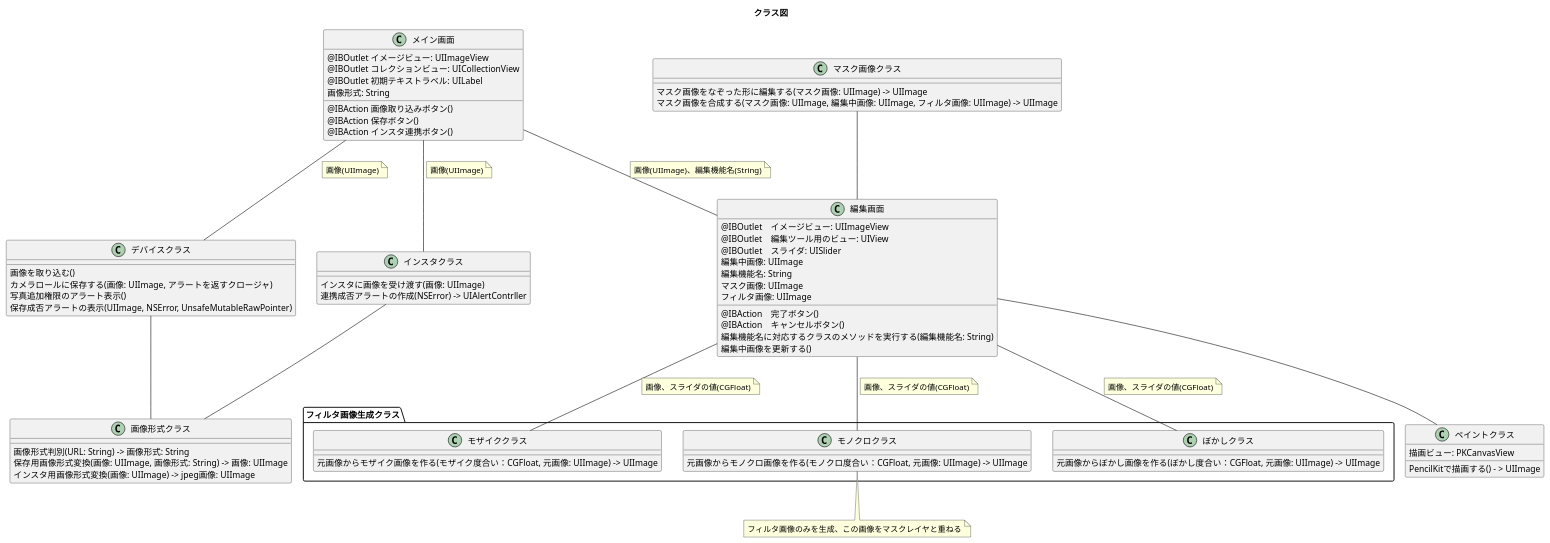
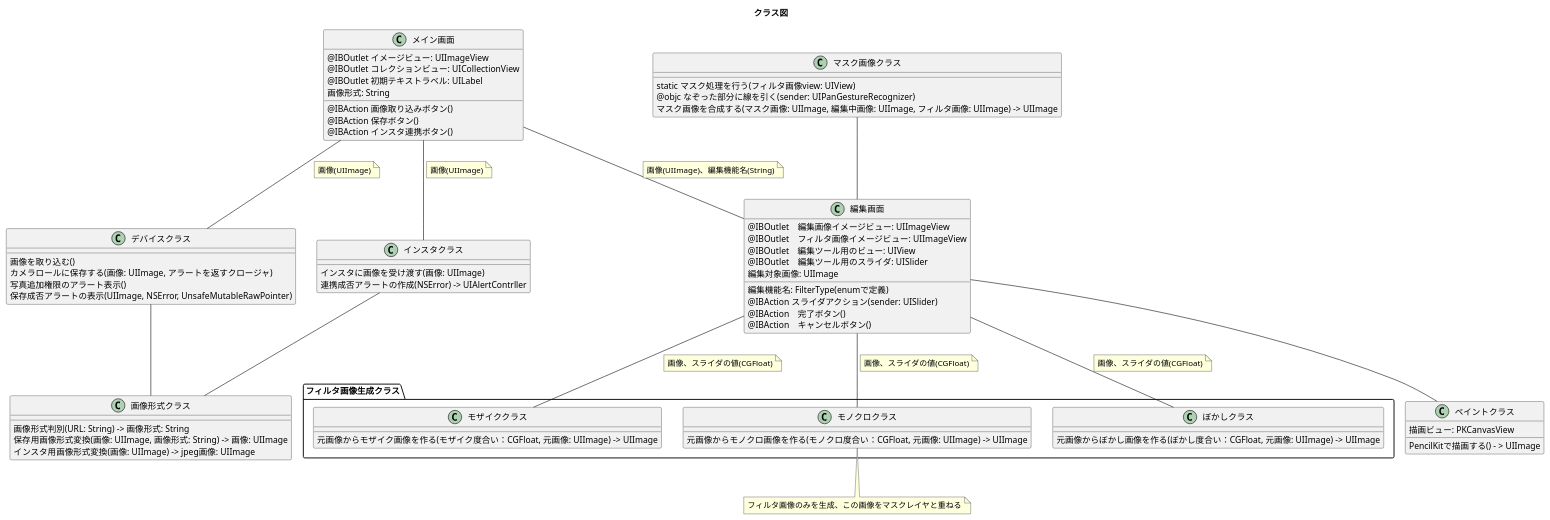
Before and after one commit to saganoH/InstaExt: the diagram in InstaExt/docs/クラス図.plantuml, drawn with PlantUML. The commit also changed 1 other file, not shown here.

```diff
--- a/InstaExt/docs/クラス図.plantuml
+++ b/InstaExt/docs/クラス図.plantuml
@@ -1,110 +1,109 @@
 @startuml
 title "クラス図"
 
 class  メイン画面{
 @IBOutlet イメージビュー: UIImageView
 @IBOutlet コレクションビュー: UICollectionView
 @IBOutlet 初期テキストラベル: UILabel
 画像形式: String
 @IBAction 画像取り込みボタン()
 @IBAction 保存ボタン()
 @IBAction インスタ連携ボタン()
 }
 
 class  編集画面{
-@IBOutlet　イメージビュー: UIImageView
+@IBOutlet　編集画像イメージビュー: UIImageView
+@IBOutlet　フィルタ画像イメージビュー: UIImageView
 @IBOutlet　編集ツール用のビュー: UIView
-@IBOutlet　スライダ: UISlider
-編集中画像: UIImage
-編集機能名: String
-マスク画像: UIImage
-フィルタ画像: UIImage
+@IBOutlet　編集ツール用のスライダ: UISlider
+編集対象画像: UIImage
+編集機能名: FilterType(enumで定義)
+@IBAction スライダアクション(sender: UISlider)
 @IBAction　完了ボタン()
 @IBAction　キャンセルボタン()
-編集機能名に対応するクラスのメソッドを実行する(編集機能名: String)
-編集中画像を更新する()
 }
 
 class マスク画像クラス{
-マスク画像をなぞった形に編集する(マスク画像: UIImage) -> UIImage
+static マスク処理を行う(フィルタ画像view: UIView)
+@objc なぞった部分に線を引く(sender: UIPanGestureRecognizer)
 マスク画像を合成する(マスク画像: UIImage, 編集中画像: UIImage, フィルタ画像: UIImage) -> UIImage
 }
 
 class デバイスクラス{
 画像を取り込む()
 カメラロールに保存する(画像: UIImage, アラートを返すクロージャ)
 写真追加権限のアラート表示()
 保存成否アラートの表示(UIImage, NSError, UnsafeMutableRawPointer)
 }
 
 class インスタクラス{
 インスタに画像を受け渡す(画像: UIImage)
 連携成否アラートの作成(NSError) -> UIAlertContrller
 }
 
 class 画像形式クラス{
 画像形式判別(URL: String) -> 画像形式: String
 保存用画像形式変換(画像: UIImage, 画像形式: String) -> 画像: UIImage
 インスタ用画像形式変換(画像: UIImage) -> jpeg画像: UIImage
 }
 
 package フィルタ画像生成クラス {
 class ぼかしクラス{
 元画像からぼかし画像を作る(ぼかし度合い：CGFloat, 元画像: UIImage) -> UIImage
 }
 
 class モザイククラス{
 元画像からモザイク画像を作る(モザイク度合い：CGFloat, 元画像: UIImage) -> UIImage
 }
 
 class モノクロクラス{
 元画像からモノクロ画像を作る(モノクロ度合い：CGFloat, 元画像: UIImage) -> UIImage
 }
 }
 note bottom
   フィルタ画像のみを生成、この画像をマスクレイヤと重ねる
 end note
 
 
 class ペイントクラス{
 描画ビュー: PKCanvasView
 PencilKitで描画する() - > UIImage
 }
 
 メイン画面--編集画面
 note left on link
   画像(UIImage)、編集機能名(String)
 end note
 
 メイン画面--デバイスクラス
 note left on link
   画像(UIImage)
 end note
 
 メイン画面--インスタクラス
 note left on link
   画像(UIImage)
 end note
 
 デバイスクラス--画像形式クラス
 インスタクラス--画像形式クラス
 
 マスク画像クラス--編集画面
 
 編集画面--ぼかしクラス
 note left on link
   画像、スライダの値(CGFloat)
 end note
 
 編集画面--モザイククラス
 note left on link
   画像、スライダの値(CGFloat)
 end note
 
 編集画面--モノクロクラス
 note left on link
   画像、スライダの値(CGFloat)
 end note
 
 編集画面--ペイントクラス
 @enduml
```
